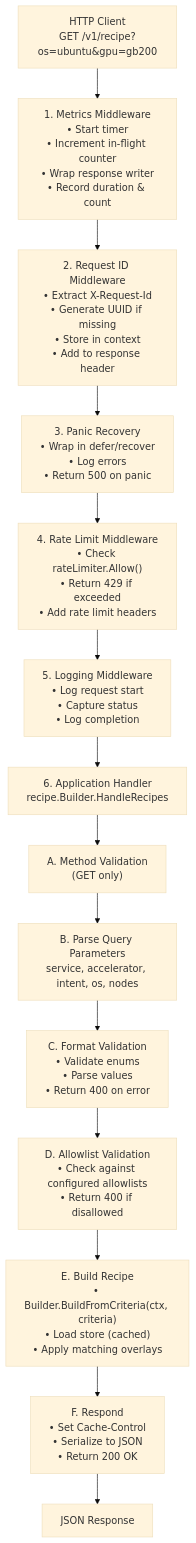
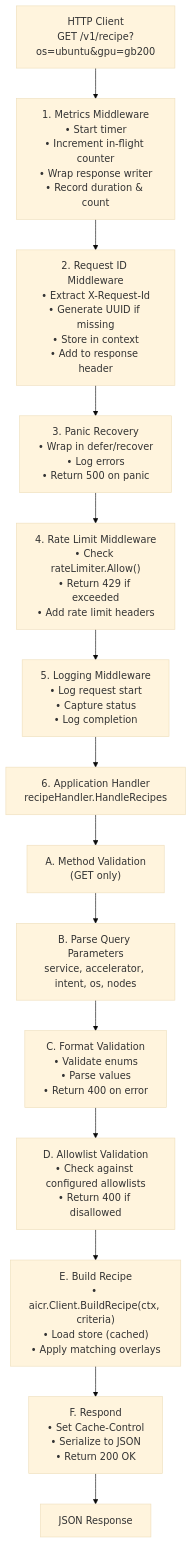
One commit to NVIDIA/aicr changed the second of 4 diagrams in docs/contributor/api-server.md. Above: the diagram before and after it, drawn with Mermaid (base theme). The commit also changed other lines of this file and 37 other files, not shown here.

````diff
--- a/docs/contributor/api-server.md
+++ b/docs/contributor/api-server.md
@@ -60,25 +60,25 @@
 ```mermaid
 flowchart TD
     A["HTTP Client<br/>GET /v1/recipe?os=ubuntu&gpu=gb200"] --> M1
     
     M1["1. Metrics Middleware<br/>• Start timer<br/>• Increment in-flight counter<br/>• Wrap response writer<br/>• Record duration & count"] --> M2
     
     M2["2. Request ID Middleware<br/>• Extract X-Request-Id<br/>• Generate UUID if missing<br/>• Store in context<br/>• Add to response header"] --> M3
     
     M3["3. Panic Recovery<br/>• Wrap in defer/recover<br/>• Log errors<br/>• Return 500 on panic"] --> M4
     
     M4["4. Rate Limit Middleware<br/>• Check rateLimiter.Allow()<br/>• Return 429 if exceeded<br/>• Add rate limit headers"] --> M5
     
     M5["5. Logging Middleware<br/>• Log request start<br/>• Capture status<br/>• Log completion"] --> H
     
-    H["6. Application Handler<br/>recipe.Builder.HandleRecipes"] --> H1
+    H["6. Application Handler<br/>recipeHandler.HandleRecipes"] --> H1
 
     H1["A. Method Validation<br/>(GET only)"] --> H2
     H2["B. Parse Query Parameters<br/>service, accelerator, intent, os, nodes"] --> H3
     H3["C. Format Validation<br/>• Validate enums<br/>• Parse values<br/>• Return 400 on error"] --> H3a
     H3a["D. Allowlist Validation<br/>• Check against configured allowlists<br/>• Return 400 if disallowed"] --> H4
-    H4["E. Build Recipe<br/>• Builder.BuildFromCriteria(ctx, criteria)<br/>• Load store (cached)<br/>• Apply matching overlays"] --> H5
+    H4["E. Build Recipe<br/>• aicr.Client.BuildRecipe(ctx, criteria)<br/>• Load store (cached)<br/>• Apply matching overlays"] --> H5
     H5["F. Respond<br/>• Set Cache-Control<br/>• Serialize to JSON<br/>• Return 200 OK"] --> Z
     
     Z[JSON Response]
 ```
````
